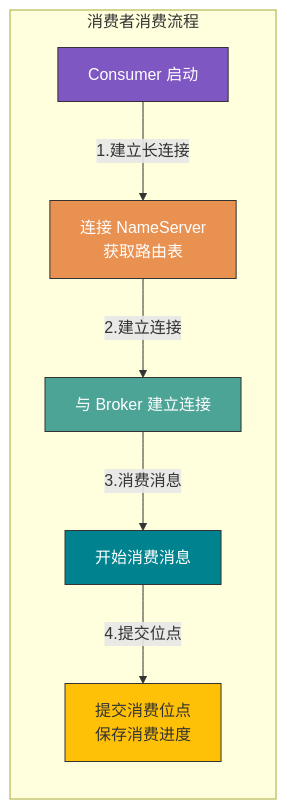
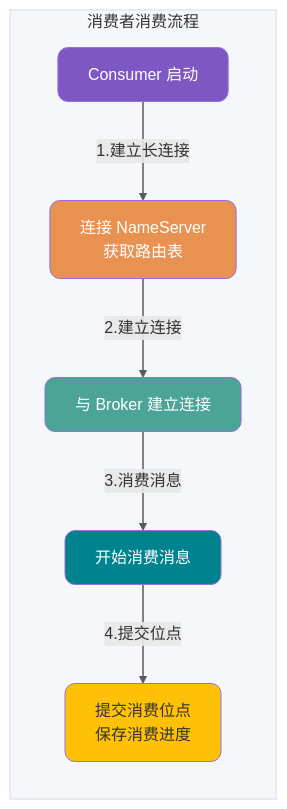
The eighth of 13 diagrams in docs/high-performance/message-queue/rocketmq-questions.md (Snailclimb/JavaGuide), drawn with Mermaid before and after one commit. The commit also changed other lines of this file and 7 other files, not shown here.

Commit message:
docs：mermaid 配图样式优化

````diff
--- a/docs/high-performance/message-queue/rocketmq-questions.md
+++ b/docs/high-performance/message-queue/rocketmq-questions.md
@@ -466,17 +507,26 @@
 ```mermaid
 flowchart TB
     subgraph ConsumerFlow["消费者消费流程"]
         direction TB
+        style ConsumerFlow fill:#F5F7FA,stroke:#E0E6ED,stroke-width:1.5px
 
         C["Consumer 启动"] -->|1.建立长连接| NS2["连接 NameServer<br/>获取路由表"]
         NS2 -->|2.建立连接| BK2["与 Broker 建立连接"]
         BK2 -->|3.消费消息| CONS["开始消费消息"]
         CONS -->|4.提交位点| OFFSET["提交消费位点<br/>保存消费进度"]
     end
 
-    style C fill:#7E57C2,stroke:#333,color:#fff
-    style NS2 fill:#E99151,stroke:#333,color:#fff
-    style BK2 fill:#4CA497,stroke:#333,color:#fff
-    style CONS fill:#00838F,stroke:#333,color:#fff
-    style OFFSET fill:#FFC107,stroke:#333,color:#333
+    classDef consumer fill:#7E57C2,color:#fff,rx:10,ry:10
+    classDef ns fill:#E99151,color:#fff,rx:10,ry:10
+    classDef broker fill:#4CA497,color:#fff,rx:10,ry:10
+    classDef consume fill:#00838F,color:#fff,rx:10,ry:10
+    classDef offset fill:#FFC107,color:#333,rx:10,ry:10
+
+    class C consumer
+    class NS2 ns
+    class BK2 broker
+    class CONS consume
+    class OFFSET offset
+
+    linkStyle default stroke-width:1.5px,opacity:0.8
 ```
````
